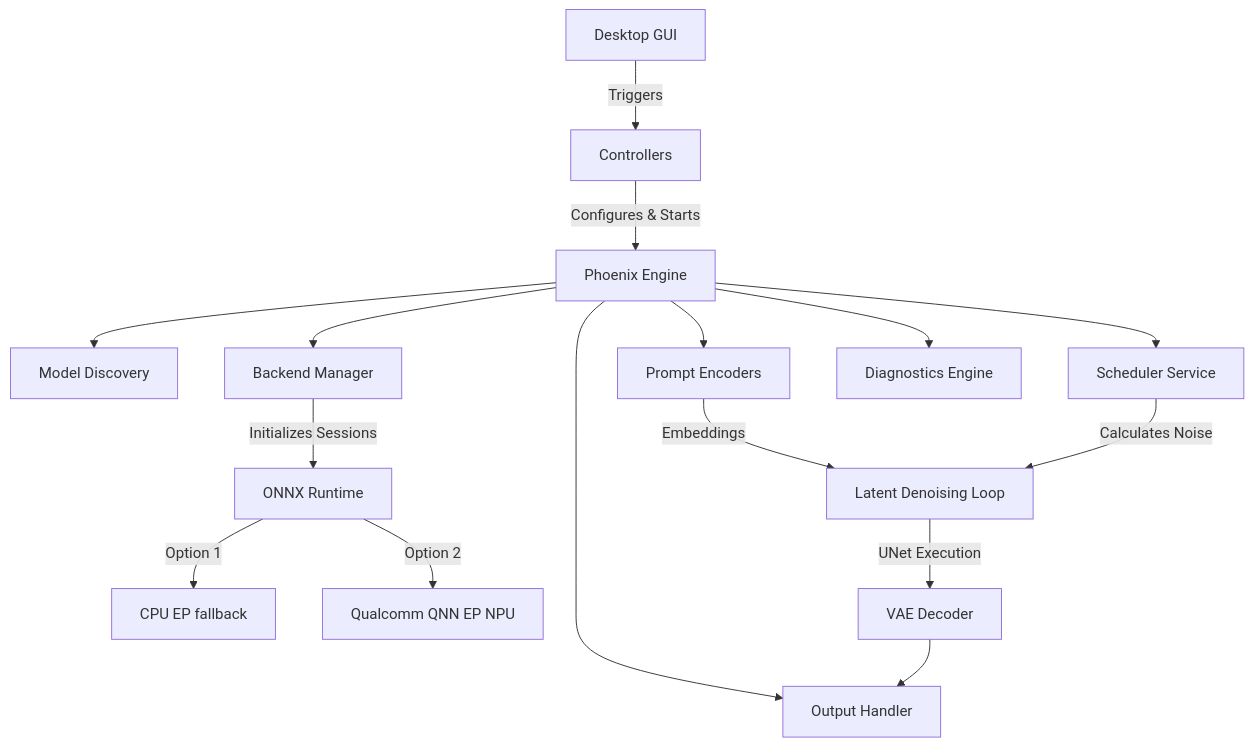
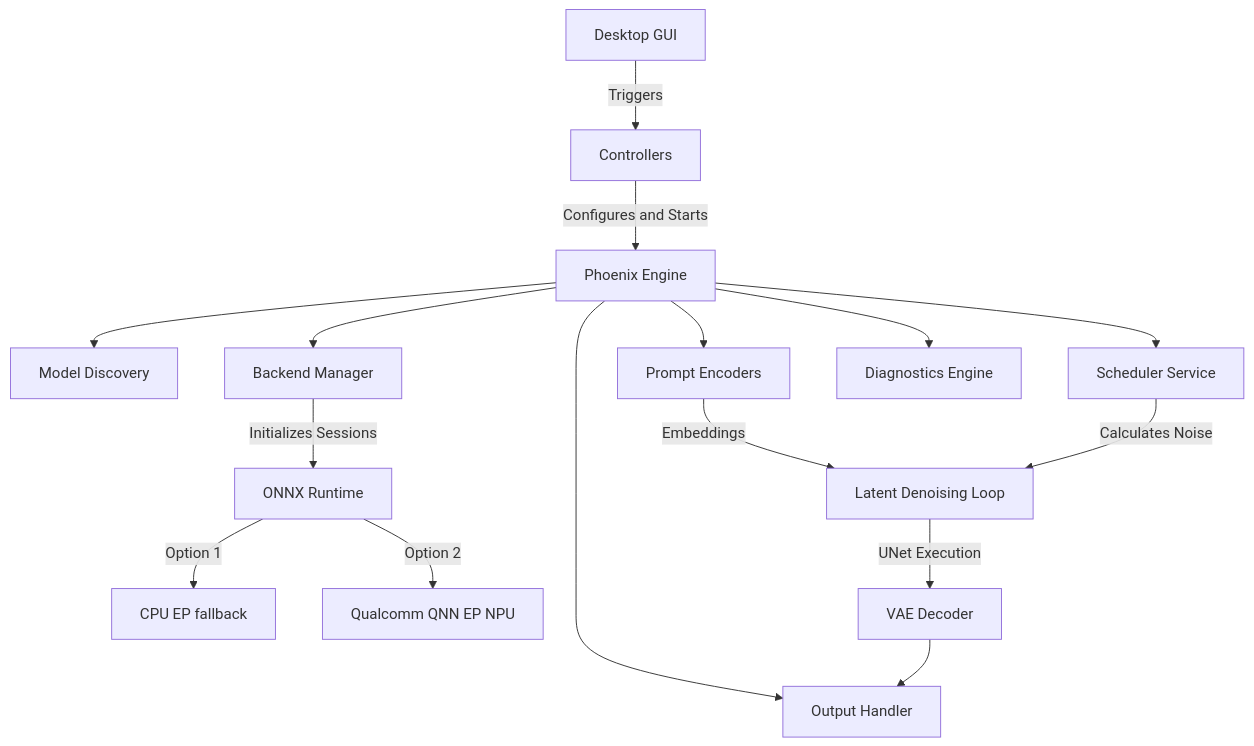
One commit to Kreuzhofen/hk-npu-studio changed the diagram in README.md. Above: the diagram before and after it, drawn with Mermaid. The commit also changed 6 other files, not shown here.

````diff
--- a/README.md
+++ b/README.md
@@ -255,21 +255,21 @@
 ```mermaid
 flowchart TD
     UI[Desktop GUI] -->|Triggers| CTRL[Controllers]
-    CTRL -->|"Configures & Starts"| PHX[Phoenix Engine]
+    CTRL -->|Configures and Starts| PHX[Phoenix Engine]
     
     PHX --> DISC[Model Discovery]
     PHX --> PROMPT[Prompt Encoders]
     PHX --> SCHED[Scheduler Service]
     PHX --> BACKEND[Backend Manager]
     PHX --> DIAG[Diagnostics Engine]
     PHX --> OUT[Output Handler]
  
     BACKEND -->|Initializes Sessions| ORT[ONNX Runtime]
     ORT -->|Option 1| CPU[CPU EP fallback]
     ORT -->|Option 2| QNN[Qualcomm QNN EP NPU]
     
     PROMPT -->|Embeddings| LATENT[Latent Denoising Loop]
     SCHED -->|Calculates Noise| LATENT
     LATENT -->|UNet Execution| VAE[VAE Decoder]
     VAE --> OUT
 ```
````
